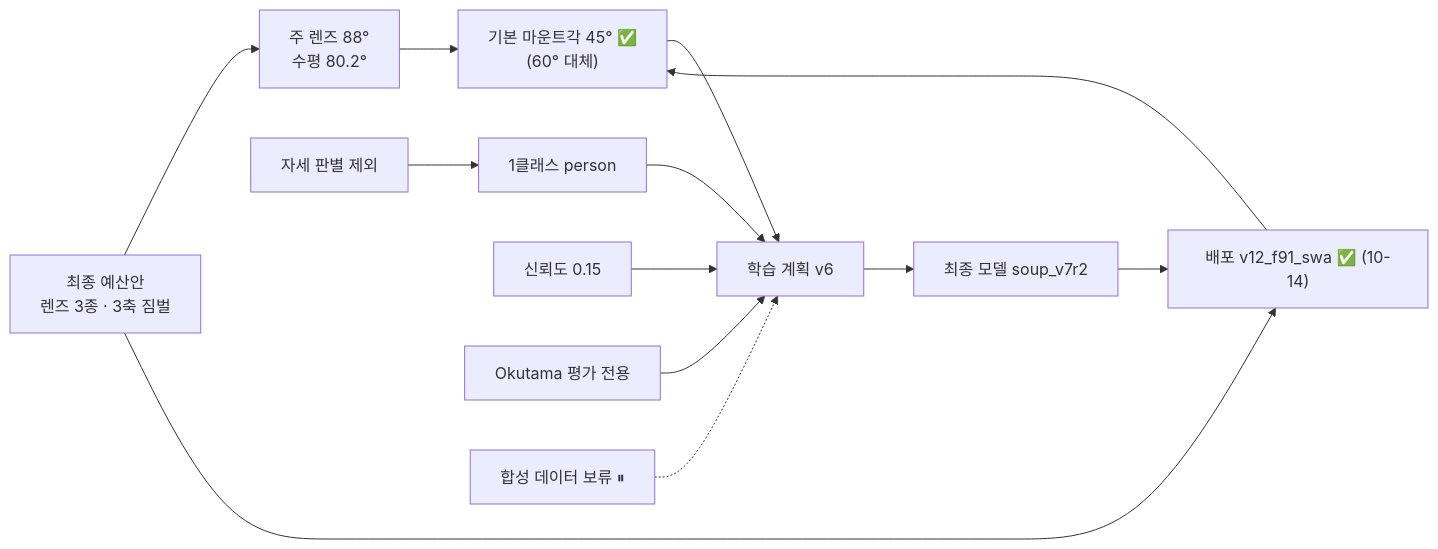
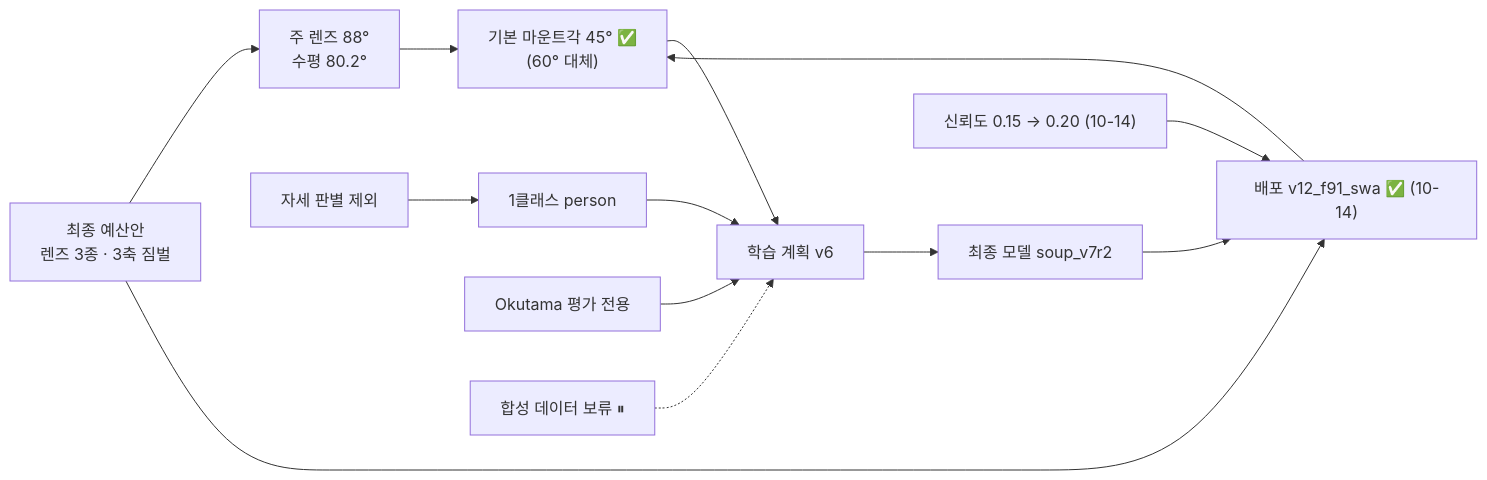
Before and after one commit to tim9985/Capstone: the diagram in obsidian/05 결정/_결정 색인.md, drawn with Mermaid. The commit also changed other lines of this file and 48 other files, not shown here.

````diff
--- a/obsidian/05 결정/_결정 색인.md
+++ b/obsidian/05 결정/_결정 색인.md
@@ -10,13 +11,13 @@
 ```mermaid
 flowchart LR
     B["최종 예산안<br/>렌즈 3종 · 3축 짐벌"] --> L["주 렌즈 88°<br/>수평 80.2°"]
     B --> G["짐벌 GM3 V2<br/>비행 중 피치 제어"]
     L --> M["기본 마운트각 45° ✅<br/>(60° 대체)"]
     G --> M
     M --> P["학습 계획 v6"]
     P --> F["최종 모델 soup_v7r2"] --> G["배포 v12_f91_swa ✅ (10-14)"]
     X["자세 판별 제외"] --> O["1클래스 person"] --> P
-    T["신뢰도 0.15"] --> P
+    T["신뢰도 0.15 → 0.20 (10-14)"] --> G
     K["Okutama 평가 전용"] --> P
     S["합성 데이터 보류 ⏸"] -.-> P
 ```
````
